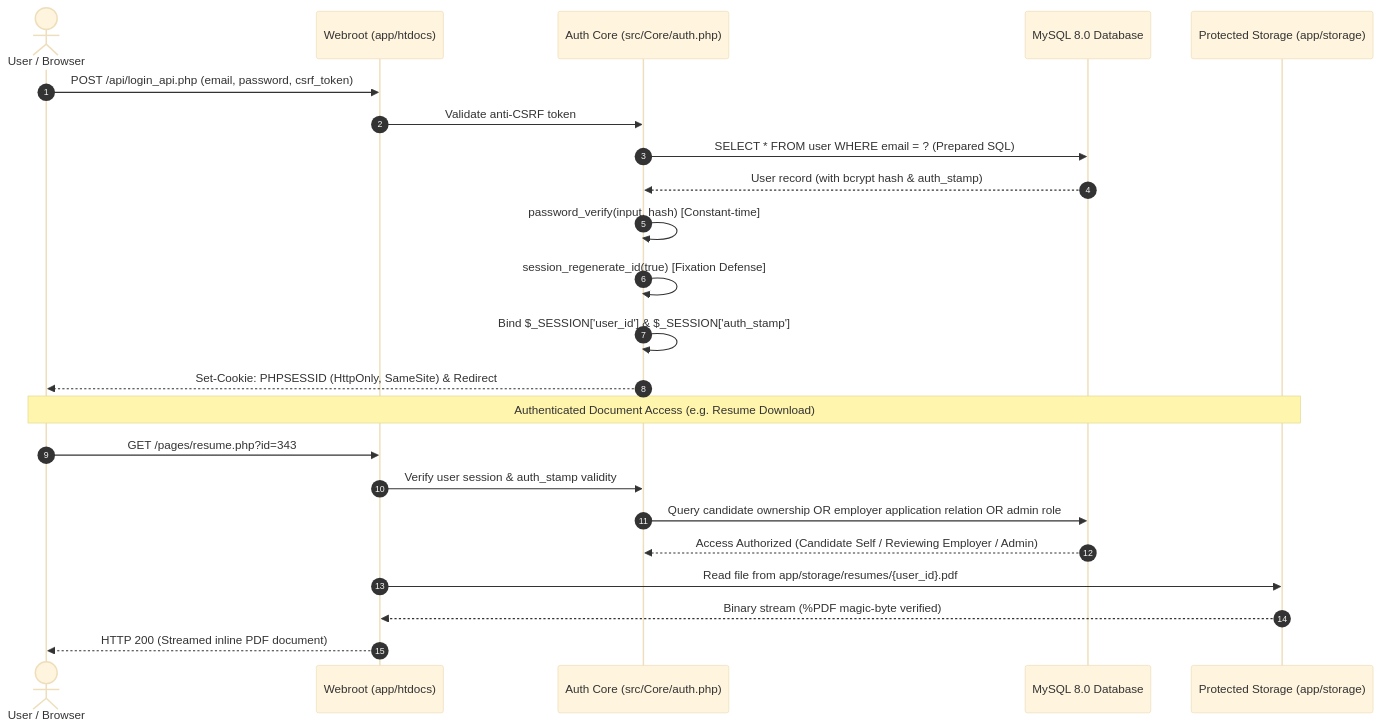
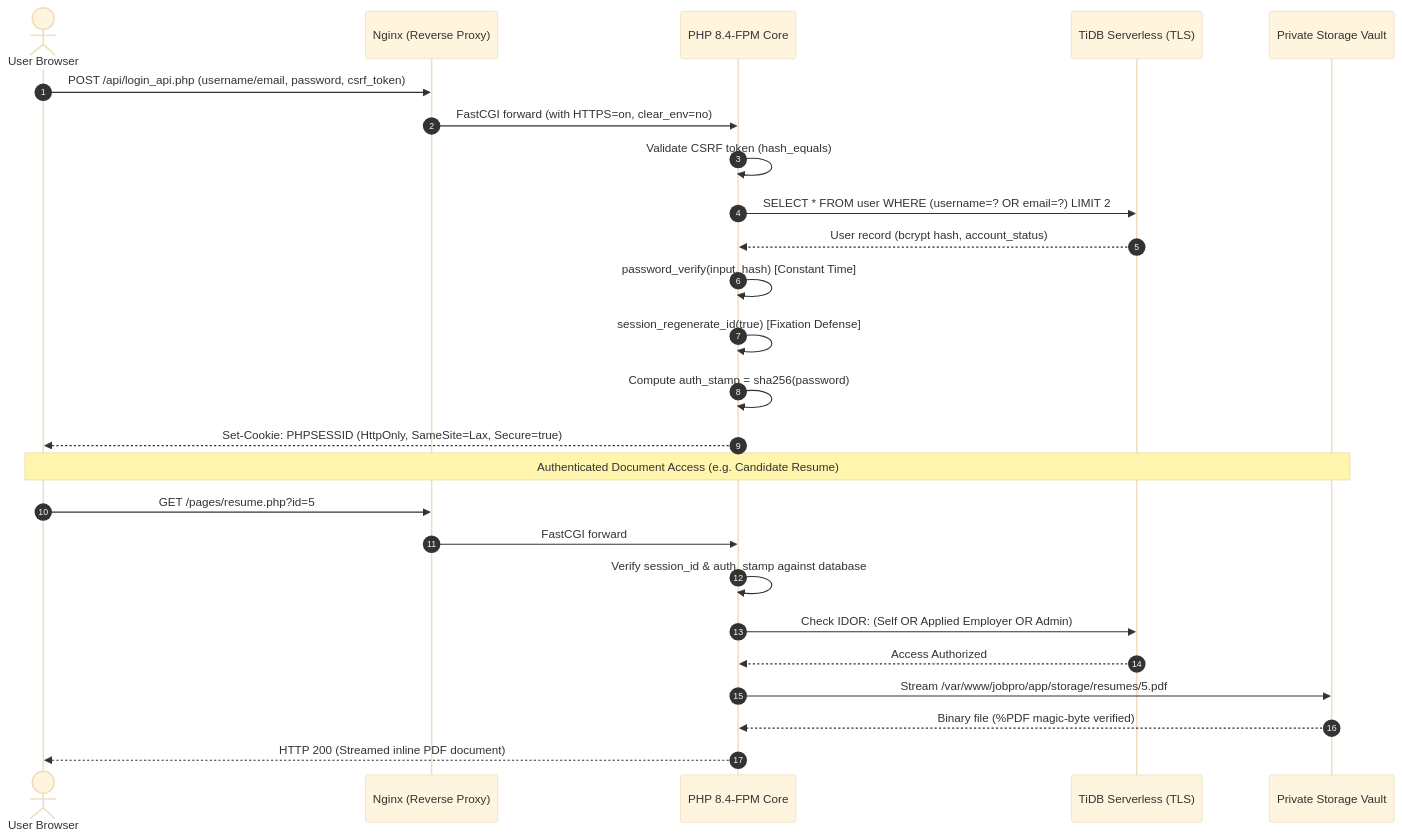
Before and after one commit to muaath-im/Online-JobPortal-JobPro: the third of 3 diagrams in README.md, drawn with Mermaid (base theme). The commit also changed other lines of this file, not shown here.

````diff
--- a/README.md
+++ b/README.md
@@ -565,27 +709,29 @@
 ```mermaid
 sequenceDiagram
     autonumber
-    actor User as User / Browser
-    participant Webroot as Webroot (app/htdocs)
-    participant Auth as Auth Core (src/Core/auth.php)
-    participant DB as MySQL 8.0 Database
-    participant Storage as Protected Storage (app/storage)
+    actor User as User Browser
+    participant Nginx as Nginx (Reverse Proxy)
+    participant FPM as PHP 8.4-FPM Core
+    participant DB as TiDB Serverless (TLS)
+    participant Storage as Private Storage Vault
 
-    User->>Webroot: POST /api/login_api.php (email, password, csrf_token)
-    Webroot->>Auth: Validate anti-CSRF token
-    Auth->>DB: SELECT * FROM user WHERE email = ? (Prepared SQL)
-    DB-->>Auth: User record (with bcrypt hash & auth_stamp)
-    Auth->>Auth: password_verify(input, hash) [Constant-time]
-    Auth->>Auth: session_regenerate_id(true) [Fixation Defense]
-    Auth->>Auth: Bind $_SESSION['user_id'] & $_SESSION['auth_stamp']
-    Auth-->>User: Set-Cookie: PHPSESSID (HttpOnly, SameSite) & Redirect
+    User->>Nginx: POST /api/login_api.php (username/email, password, csrf_token)
+    Nginx->>FPM: FastCGI forward (with HTTPS=on, clear_env=no)
+    FPM->>FPM: Validate CSRF token (hash_equals)
+    FPM->>DB: SELECT * FROM user WHERE (username=? OR email=?) LIMIT 2
+    DB-->>FPM: User record (bcrypt hash, account_status)
+    FPM->>FPM: password_verify(input, hash) [Constant Time]
+    FPM->>FPM: session_regenerate_id(true) [Fixation Defense]
+    FPM->>FPM: Compute auth_stamp = sha256(password)
+    FPM-->>User: Set-Cookie: PHPSESSID (HttpOnly, SameSite=Lax, Secure=true)
 
-    Note over User,Storage: Authenticated Document Access (e.g. Resume Download)
-    User->>Webroot: GET /pages/resume.php?id=343
-    Webroot->>Auth: Verify user session & auth_stamp validity
-    Auth->>DB: Query candidate ownership OR employer application relation OR admin role
-    DB-->>Auth: Access Authorized (Candidate Self / Reviewing Employer / Admin)
-    Webroot->>Storage: Read file from app/storage/resumes/{user_id}.pdf
-    Storage-->>Webroot: Binary stream (%PDF magic-byte verified)
-    Webroot-->>User: HTTP 200 (Streamed inline PDF document)
+    Note over User,Storage: Authenticated Document Access (e.g. Candidate Resume)
+    User->>Nginx: GET /pages/resume.php?id=5
+    Nginx->>FPM: FastCGI forward
+    FPM->>FPM: Verify session_id & auth_stamp against database
+    FPM->>DB: Check IDOR: (Self OR Applied Employer OR Admin)
+    DB-->>FPM: Access Authorized
+    FPM->>Storage: Stream /var/www/jobpro/app/storage/resumes/5.pdf
+    Storage-->>FPM: Binary file (%PDF magic-byte verified)
+    FPM-->>User: HTTP 200 (Streamed inline PDF document)
 ```
````
